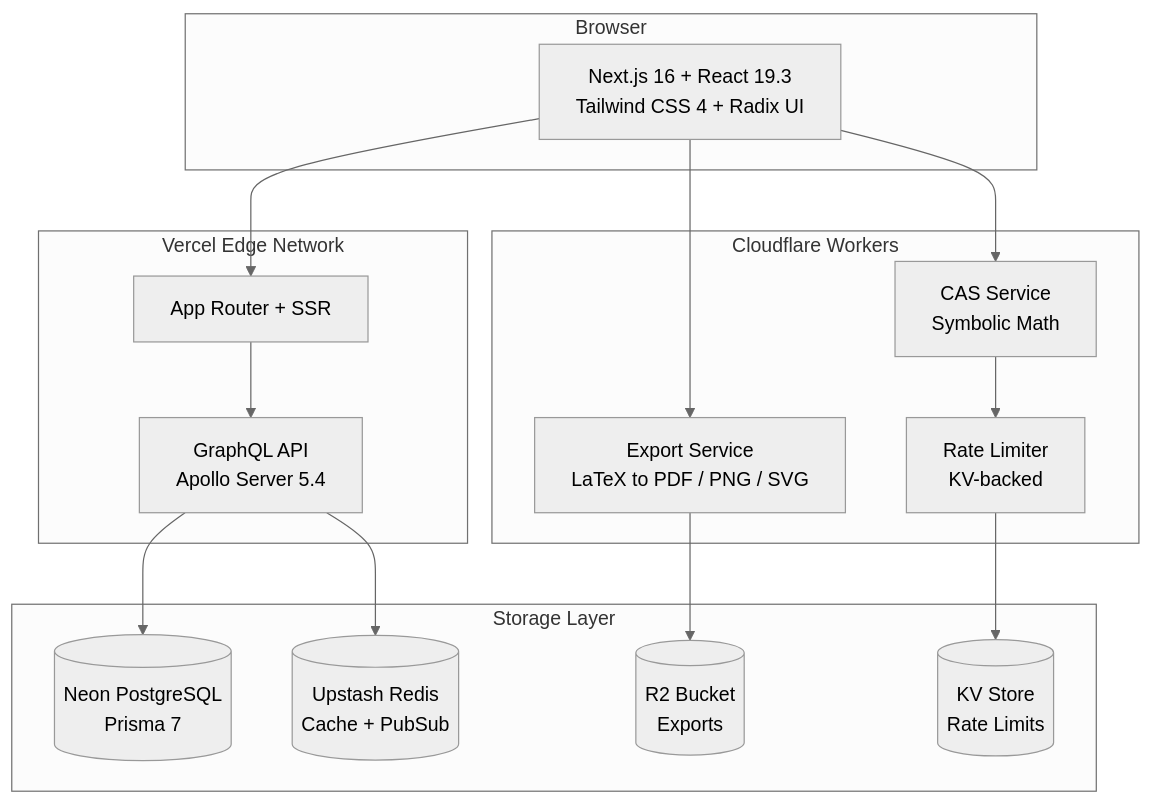
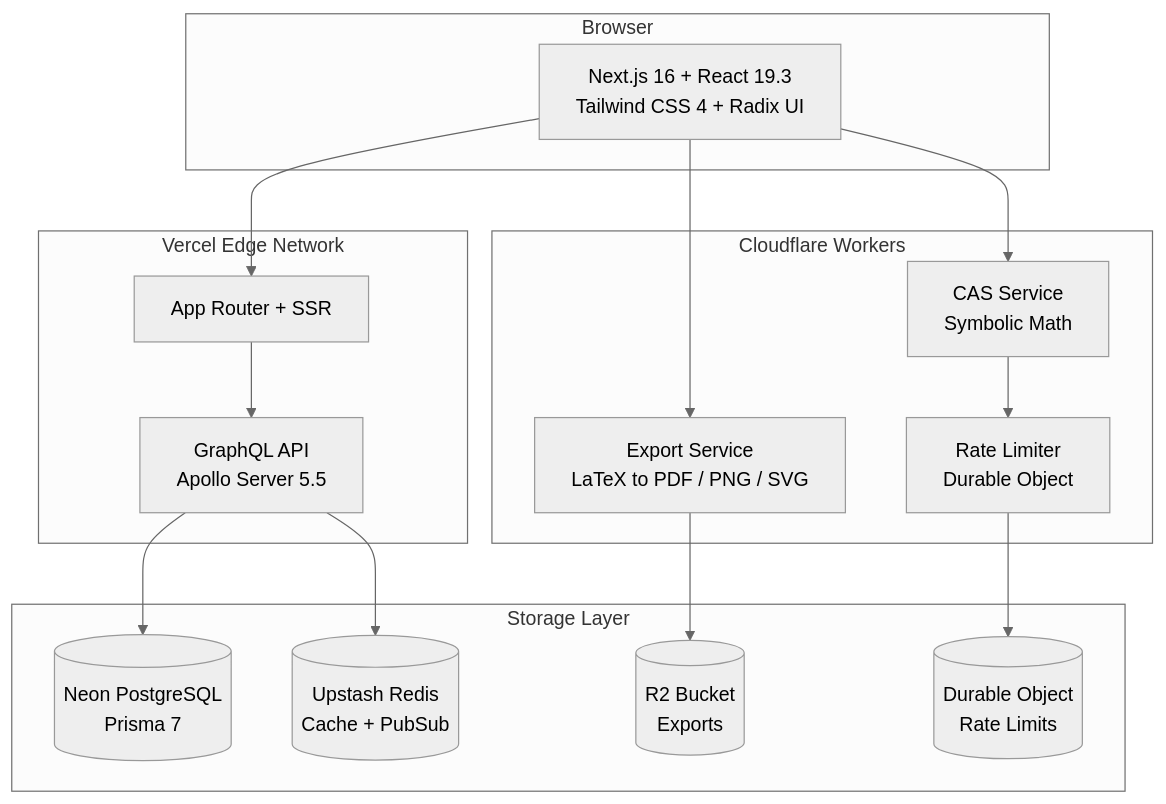
One commit to ABCrimson/NextCalc changed the diagram in README.md. Above: the diagram before and after it, drawn with Mermaid (neutral theme). The commit also changed other lines of this file and 56 other files, not shown here.

````diff
--- a/README.md
+++ b/README.md
@@ -99,34 +98,34 @@
 ```mermaid
 graph TB
     subgraph Client["Browser"]
         A["Next.js 16 + React 19.3<br/>Tailwind CSS 4 + Radix UI"]
     end
 
     subgraph Vercel["Vercel Edge Network"]
         B["App Router + SSR"]
-        C["GraphQL API<br/>Apollo Server 5.4"]
+        C["GraphQL API<br/>Apollo Server 5.5"]
     end
 
     subgraph Cloudflare["Cloudflare Workers"]
         D["CAS Service<br/>Symbolic Math"]
         E["Export Service<br/>LaTeX to PDF / PNG / SVG"]
-        F["Rate Limiter<br/>KV-backed"]
+        F["Rate Limiter<br/>Durable Object"]
     end
 
     subgraph Storage["Storage Layer"]
         G[("Neon PostgreSQL<br/>Prisma 7")]
         H[("Upstash Redis<br/>Cache + PubSub")]
         I[("R2 Bucket<br/>Exports")]
-        J[("KV Store<br/>Rate Limits")]
+        J[("Durable Object<br/>Rate Limits")]
     end
 
     A --> B
     A --> D
     A --> E
     B --> C
     C --> G
     C --> H
     D --> F
     E --> I
     F --> J
 ```
````
